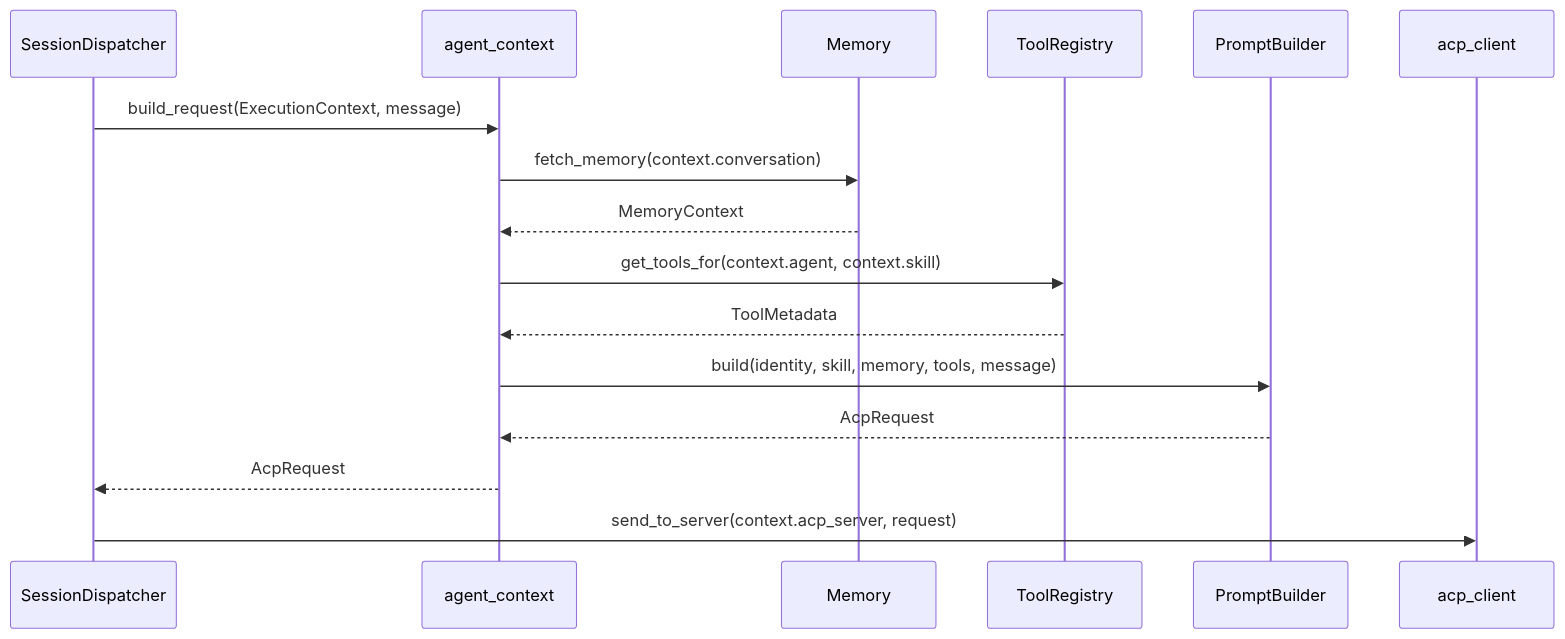
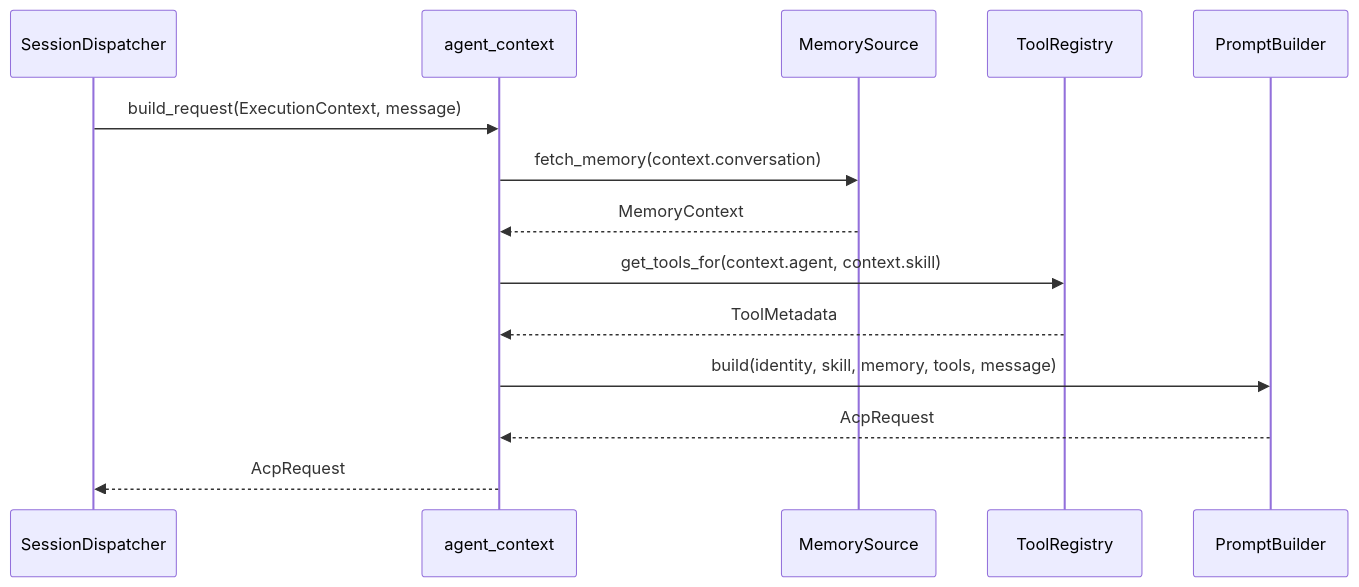
Before and after one commit to zhuxining/MindClaw: the first of 2 diagrams in docs/architecture/35-agent-context.md, drawn with Mermaid. The commit also changed other lines of this file and 63 other files, not shown here.

````diff
--- a/docs/architecture/35-agent-context.md
+++ b/docs/architecture/35-agent-context.md
@@ -50,19 +59,17 @@
 ```mermaid
 sequenceDiagram
     participant SD as SessionDispatcher
     participant ACX as agent_context
-    participant MEM as Memory
+    participant MEM as MemorySource
     participant TR as ToolRegistry
     participant PB as PromptBuilder
-    participant ACP as acp_client
 
     SD->>ACX: build_request(ExecutionContext, message)
     ACX->>MEM: fetch_memory(context.conversation)
     MEM-->>ACX: MemoryContext
     ACX->>TR: get_tools_for(context.agent, context.skill)
     TR-->>ACX: ToolMetadata
     ACX->>PB: build(identity, skill, memory, tools, message)
     PB-->>ACX: AcpRequest
     ACX-->>SD: AcpRequest
-    SD->>ACP: send_to_server(context.acp_server, request)
 ```
````
